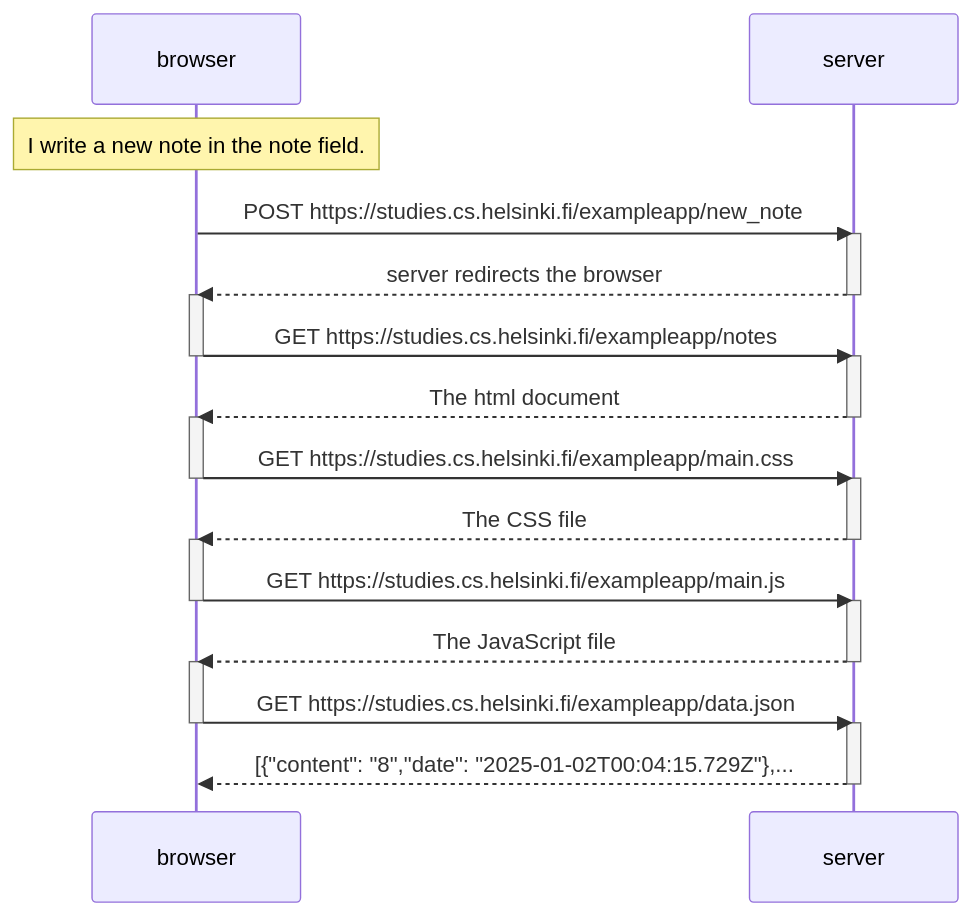
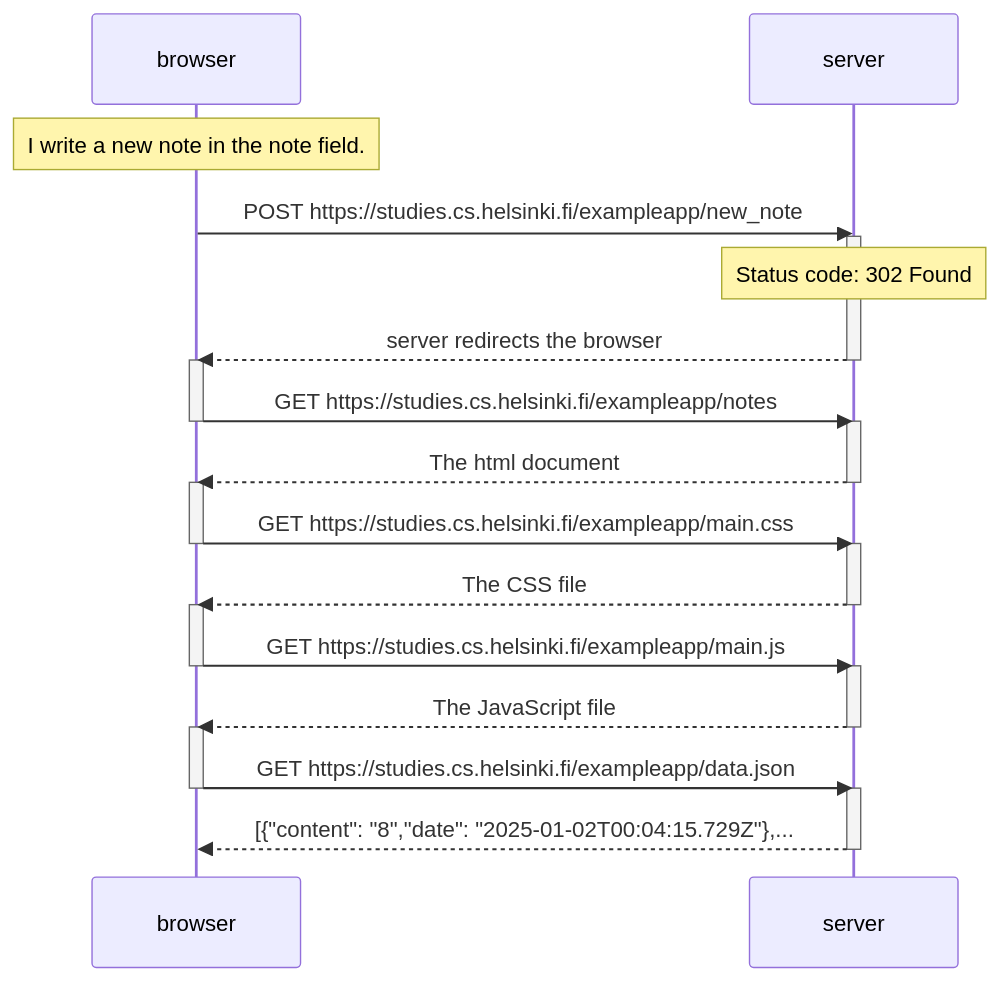
Before and after one commit to TegelVee/Fullstack_exerciserepo: the diagram in osa0/sequencechart.md, drawn with Mermaid.

````diff
--- a/osa0/sequencechart.md
+++ b/osa0/sequencechart.md
@@ -3,39 +3,40 @@
 ```mermaid
 sequenceDiagram
   participant browser
   participant server
   Note over browser: I write a new note in the note field.
   browser->>server: POST https://studies.cs.helsinki.fi/exampleapp/new_note
   activate server
+  Note over server: Status code: 302 Found
   server-->>browser: server redirects the browser
   deactivate server
   
   activate browser
   browser->>server: GET https://studies.cs.helsinki.fi/exampleapp/notes
   deactivate browser
   activate server
   server-->>browser: The html document
   deactivate server
 
   activate browser
   browser->>server: GET https://studies.cs.helsinki.fi/exampleapp/main.css
   deactivate browser
   activate server
   server-->>browser: The CSS file
   deactivate server
 
   activate browser
   browser->>server: GET https://studies.cs.helsinki.fi/exampleapp/main.js
   deactivate browser
   activate server
   server-->>browser: The JavaScript file
   deactivate server
 
   activate browser
   browser->>server: GET https://studies.cs.helsinki.fi/exampleapp/data.json
   deactivate browser
   activate server
   server-->>browser: [{"content": "8","date": "2025-01-02T00:04:15.729Z"},...
   deactivate server
 
 ```
````
